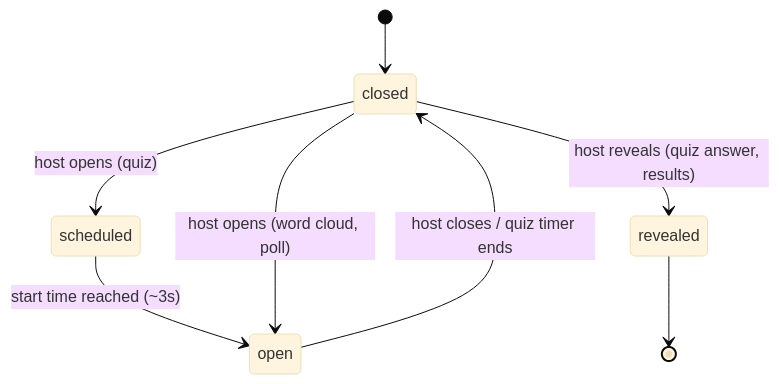
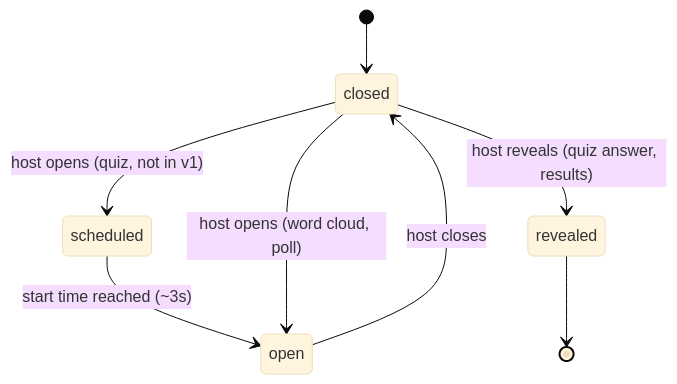
One commit to shahil1dn/volley changed the fifth of 10 diagrams in docs/ARCHITECTURE.md. Above: the diagram before and after it, drawn with Mermaid (base theme). The commit also changed other lines of this file and 3 other files, not shown here.

````diff
--- a/docs/ARCHITECTURE.md
+++ b/docs/ARCHITECTURE.md
@@ -108,10 +105,10 @@
 ```mermaid
 stateDiagram-v2
   [*] --> closed
-  closed --> scheduled: host opens (quiz)
+  closed --> scheduled: host opens (quiz, not in v1)
   scheduled --> open: start time reached (~3s)
   closed --> open: host opens (word cloud, poll)
-  open --> closed: host closes / quiz timer ends
+  open --> closed: host closes
   closed --> revealed: host reveals (quiz answer, results)
   revealed --> [*]
 ```
````
